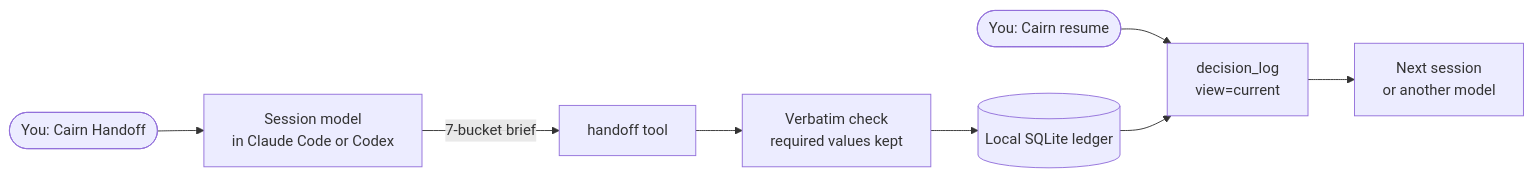
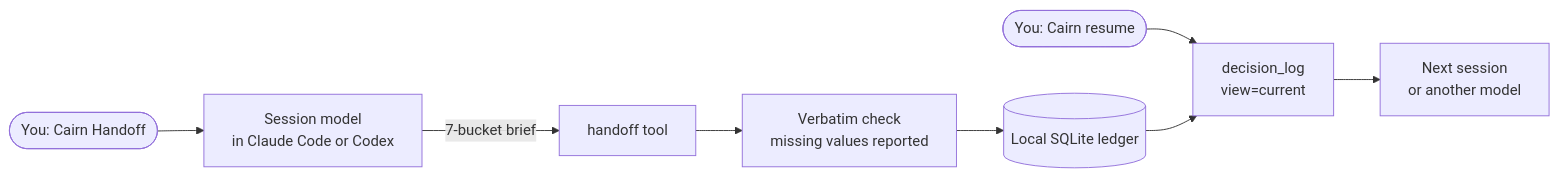
Before and after one commit to CheswickDEV/cairn: the first of 2 diagrams in README.md, drawn with Mermaid. The commit also changed other lines of this file and 7 other files, not shown here.

````diff
--- a/README.md
+++ b/README.md
@@ -53,10 +53,10 @@
 ```mermaid
 flowchart LR
     ask(["You: Cairn Handoff"]) --> host["Session model<br/>in Claude Code or Codex"]
     host -->|"7-bucket brief"| handoff["handoff tool"]
-    handoff --> check["Verbatim check<br/>required values kept"]
+    handoff --> check["Verbatim check<br/>missing values reported"]
     check --> ledger[("Local SQLite ledger")]
     resume(["You: Cairn resume"]) --> log["decision_log<br/>view=current"]
     ledger --> log
     log --> next["Next session<br/>or another model"]
 ```
````
